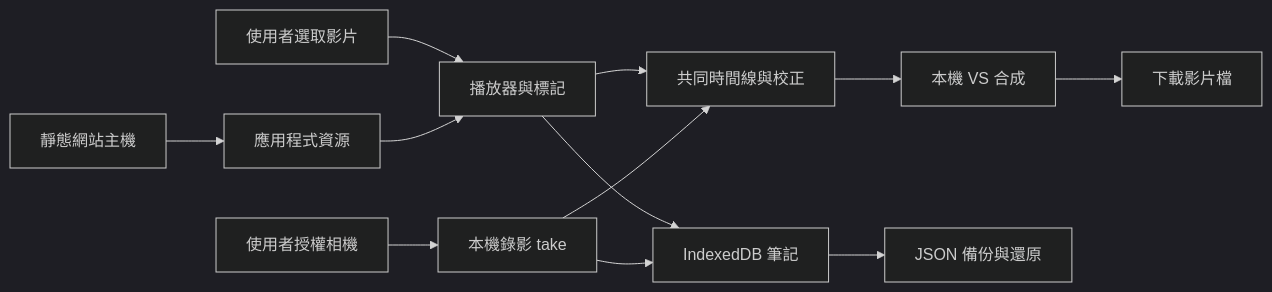
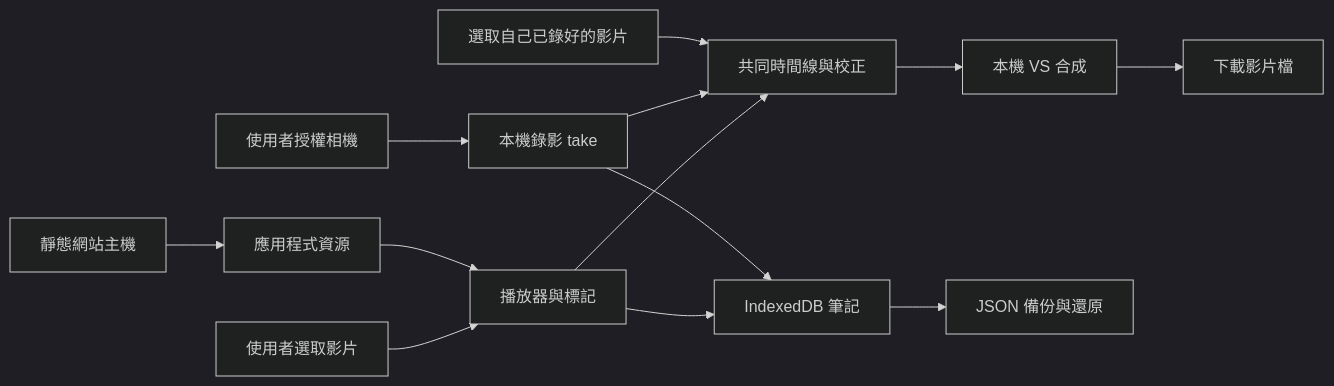
One commit to sunpochin/dance-stamp changed the diagram in TECHNICAL.md. Above: the diagram before and after it, drawn with Mermaid (dark theme). The commit also changed other lines of this file and 7 other files, not shown here.

````diff
--- a/TECHNICAL.md
+++ b/TECHNICAL.md
@@ -12,14 +12,15 @@
 ```mermaid
 flowchart LR
     F[使用者選取影片] --> P[播放器與標記]
     C[使用者授權相機] --> R[本機錄影 take]
     P --> T[共同時間線與校正]
     R --> T
+    I[選取自己已錄好的影片] --> T
     T --> E[本機 VS 合成]
     E --> O[下載影片檔]
     P --> D[IndexedDB 筆記]
     R --> D
     D --> B[JSON 備份與還原]
     S[靜態網站主機] --> U[應用程式資源]
     U --> P
 ```
````
